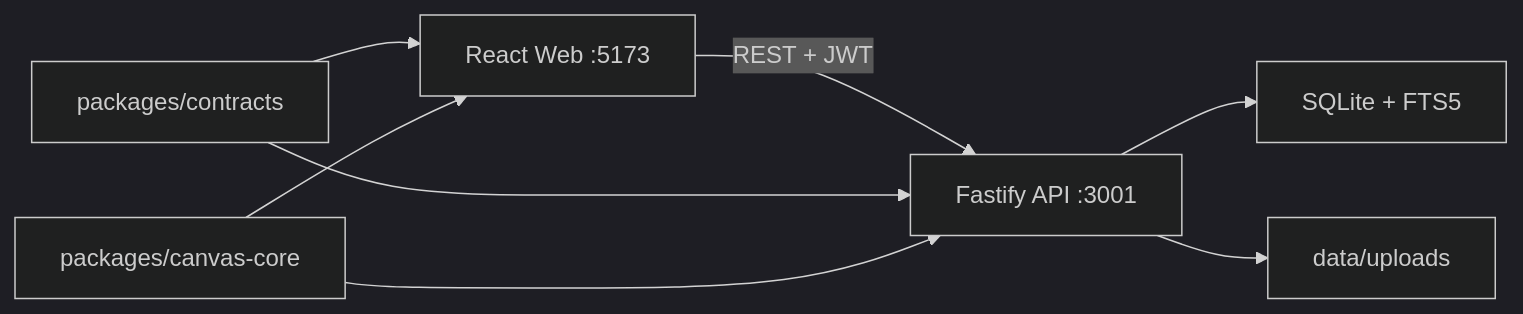
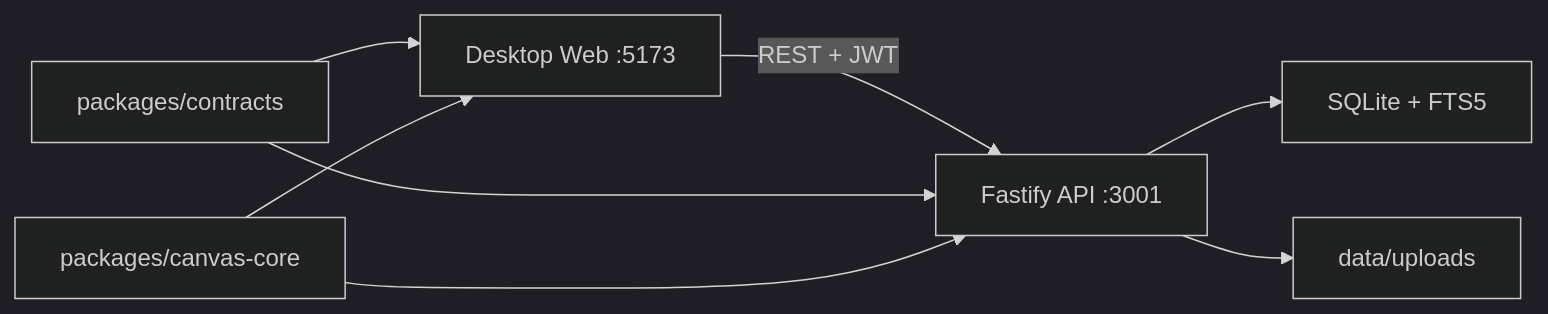
One commit to YuanzheYanggg/GuideAnything changed the first of 2 diagrams in docs/ARCHITECTURE.md. Above: the diagram before and after it, drawn with Mermaid (dark theme). The commit also changed other lines of this file and 7 other files, not shown here.

Commit message:
docs: finalize workspace v1 architecture

````diff
--- a/docs/ARCHITECTURE.md
+++ b/docs/ARCHITECTURE.md
@@ -17,10 +17,10 @@
 ```mermaid
 flowchart LR
-  Browser["React Web :5173"] -->|"REST + JWT"| API["Fastify API :3001"]
+  Browser["Desktop Web :5173"] -->|"REST + JWT"| API["Fastify API :3001"]
   API --> DB["SQLite + FTS5"]
   API --> Media["data/uploads"]
-  WebContracts["packages/contracts"] --> Browser
-  WebContracts --> API
+  Contracts["packages/contracts"] --> Browser
+  Contracts --> API
   CanvasCore["packages/canvas-core"] --> Browser
   CanvasCore --> API
 ```
````
